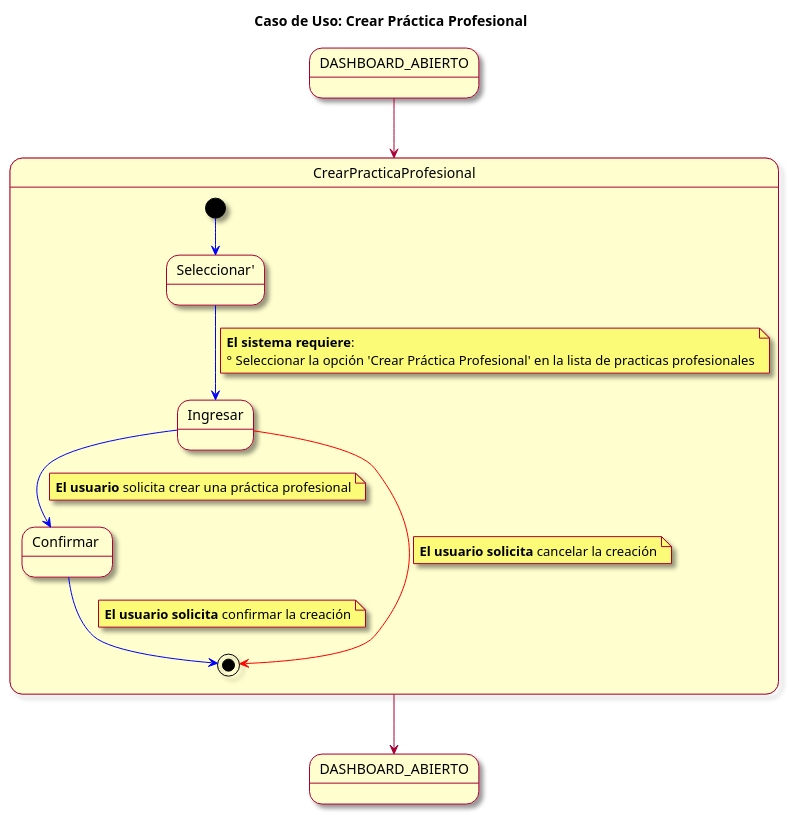
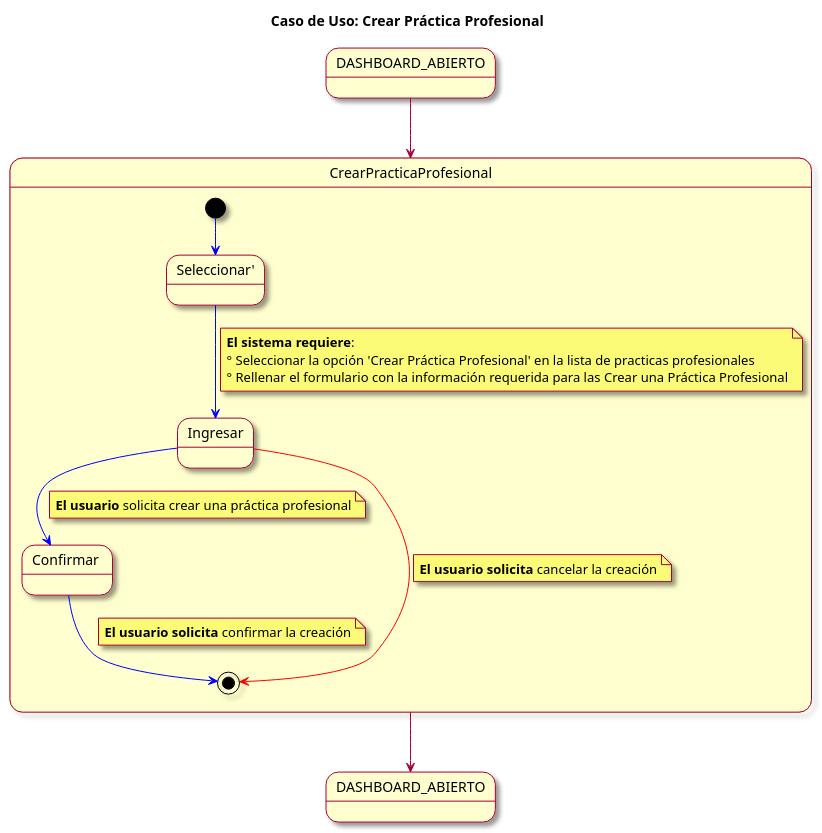
One commit to MRSergio21/CemuUNEAT-Documentacion changed the diagram in digrams/uml/CasosDeUsoDetallados/PracticasProfesionales/cduCrearPracticas.puml. Above: the diagram before and after it, drawn with PlantUML. The commit also changed 2 other files, not shown here.

```diff
--- a/digrams/uml/CasosDeUsoDetallados/PracticasProfesionales/cduCrearPracticas.puml
+++ b/digrams/uml/CasosDeUsoDetallados/PracticasProfesionales/cduCrearPracticas.puml
@@ -1,29 +1,30 @@
 @startuml
 skin rose
 title Caso de Uso: Crear Práctica Profesional
 
 state "DASHBOARD_ABIERTO" as DASHBOARD_ABIERTO2
 
 DASHBOARD_ABIERTO --> CrearPracticaProfesional
 CrearPracticaProfesional --> DASHBOARD_ABIERTO2
 
 state CrearPracticaProfesional {
   [*] -[#blue]-> seleccionarOpcionCrear
   state "Seleccionar'" as seleccionarOpcionCrear
   seleccionarOpcionCrear -[#blue]-> ingresarDetallesPractica
   note on link
     **El sistema requiere**:
     ° Seleccionar la opción 'Crear Práctica Profesional' en la lista de practicas profesionales
+    ° Rellenar el formulario con la información requerida para las Crear una Práctica Profesional
   end note
   state "Ingresar" as ingresarDetallesPractica
   ingresarDetallesPractica -[#blue]-> confirmarCreacionPractica
   note on link: **El usuario** solicita crear una práctica profesional
 
   state "Confirmar " as confirmarCreacionPractica
   confirmarCreacionPractica -[#blue]-> [*]
   note on link: **El usuario solicita** confirmar la creación
 
   ingresarDetallesPractica -[#red]-> [*]
   note on link: **El usuario solicita** cancelar la creación
 }
 @enduml
```
